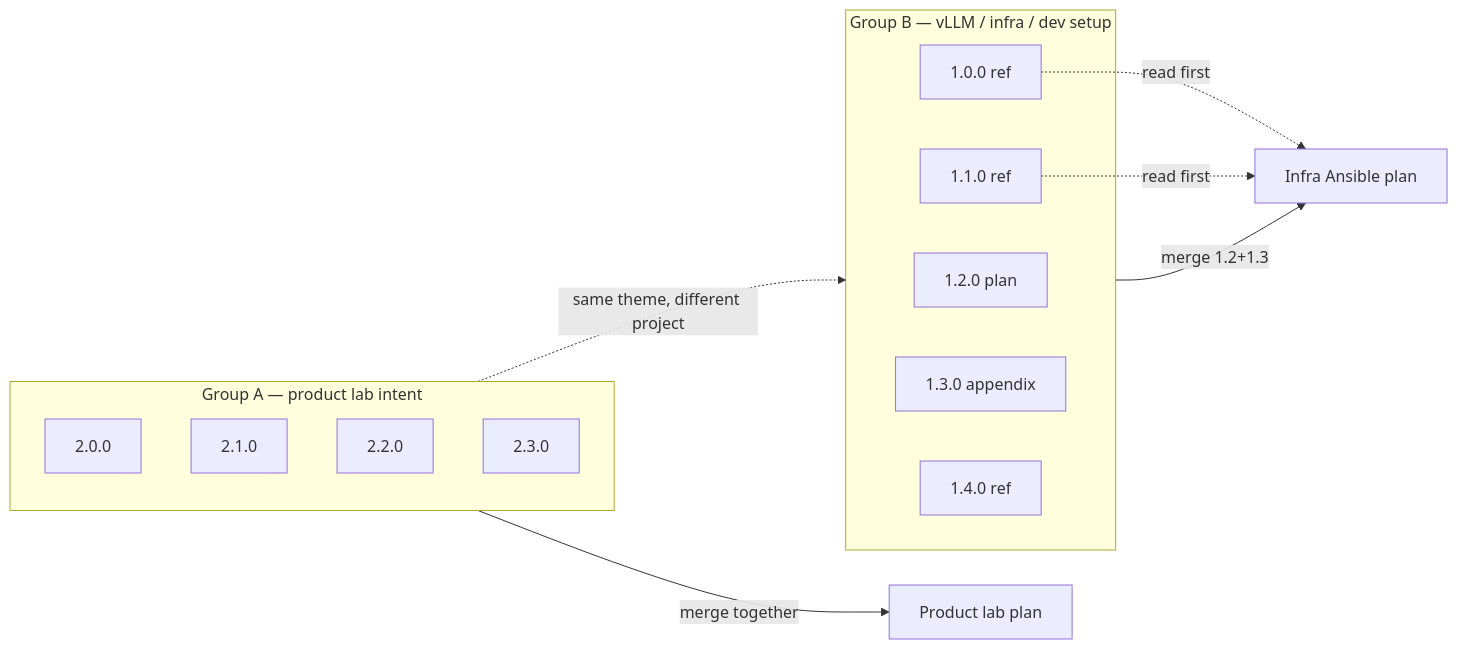
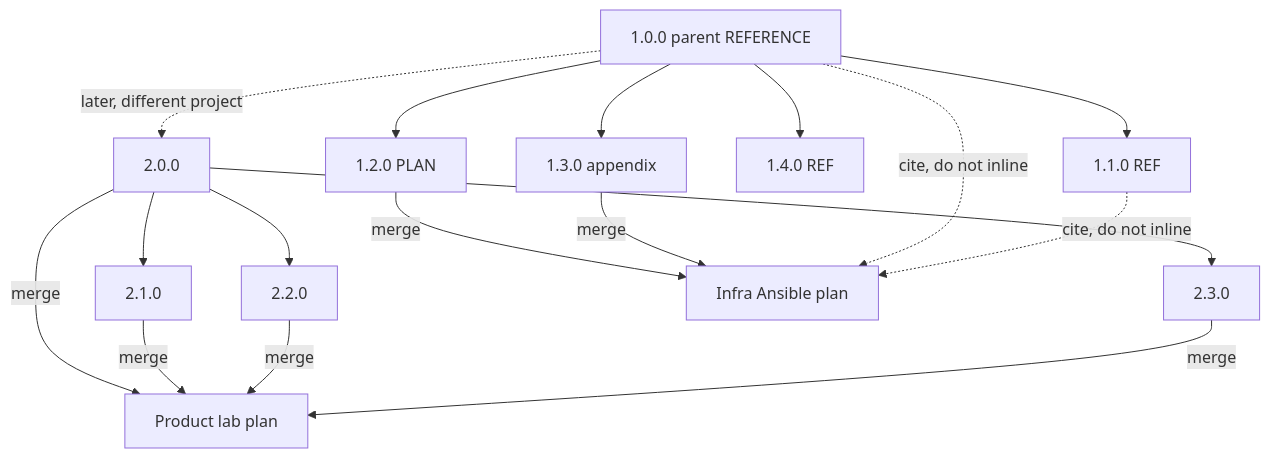
One commit to doesitscript/dotfile-vnext changed the second of 2 diagrams in docs/intake/netbox/netbox_ai_infra_impl_planning_wip/README.md. Above: the diagram before and after it, drawn with Mermaid. The commit also changed other lines of this file and 19 other files, not shown here.

````diff
--- a/docs/intake/netbox/netbox_ai_infra_impl_planning_wip/README.md
+++ b/docs/intake/netbox/netbox_ai_infra_impl_planning_wip/README.md
@@ -80,23 +220,17 @@
 ```mermaid
-graph LR
-  subgraph A [Group A — product lab intent]
-    a0[2.0.0]
-    a1[2.1.0]
-    a2[2.2.0]
-    a3[2.3.0]
-  end
+graph TB
+  p[1.0.0 parent REFERENCE]
+  p --> b1[1.1.0 REF]
+  p --> b2[1.2.0 PLAN]
+  p --> b3[1.3.0 appendix]
+  p --> b4[1.4.0 REF]
 
-  subgraph B [Group B — vLLM / infra / dev setup]
-    b0[1.0.0 ref]
-    b1[1.1.0 ref]
-    b2[1.2.0 plan]
-    b3[1.3.0 appendix]
-    b4[1.4.0 ref]
-  end
+  p -.->|later, different project| a0[2.0.0]
+  a0 --> a1[2.1.0]
+  a0 --> a2[2.2.0]
+  a0 --> a3[2.3.0]
 
-  A -.->|same theme, different project| B
-  A -->|merge together| planA[Product lab plan]
-  B -->|merge 1.2+1.3| planB[Infra Ansible plan]
-  b0 -.->|read first| planB
-  b1 -.->|read first| planB
+  a0 & a1 & a2 & a3 -->|merge| planA[Product lab plan]
+  b2 & b3 -->|merge| planB[Infra Ansible plan]
+  p & b1 -.->|cite, do not inline| planB
 ```
````
